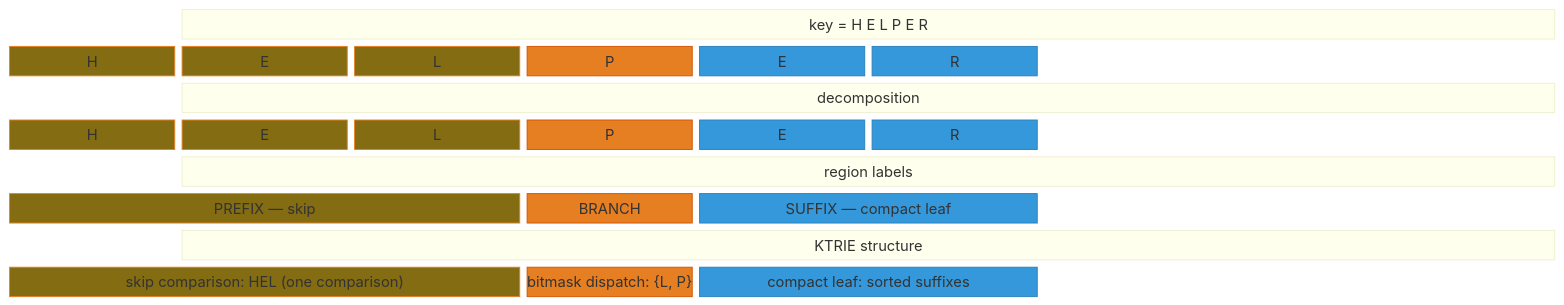
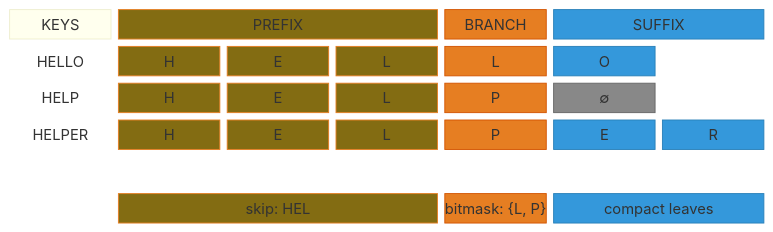
One commit to glennteitelbaum/KTRIE changed the fourth of 21 diagrams in ktrie.md. Above: the diagram before and after it, drawn with Mermaid. The commit also changed other lines of this file, not shown here.

````diff
--- a/ktrie.md
+++ b/ktrie.md
@@ -569,71 +569,79 @@
 ```mermaid
 block
-  columns 10
+  columns 7
 
-  space
-  block:key_title("key = H E L P E R"):8
+  block:keys_lbl["KEYS"]:1
     space
   end
-  space
-  k0["H"] k1["E"] k2["L"] k3["P"] k4["E"] k5["R"] space space space space
-
-  space
-  block:decomp("decomposition"):8
-    space
-  end
-  space
-  p0["H"] p1["E"] p2["L"] b0["P"] s0["E"] s1["R"] space space space space
-
-  space
-  block:labels("region labels"):8
-    space
-  end
-  space
-  block:pfx_lbl["PREFIX — skip"]:3
+  block:pfx_lbl["PREFIX"]:3
     space
   end
   block:br_lbl["BRANCH"]:1
     space
   end
-  block:sfx_lbl["SUFFIX — compact leaf"]:2
+  block:sfx_lbl["SUFFIX"]:2
     space
   end
-  space space space space
 
-  space
-  block:structure("KTRIE structure"):8
+  block:k1_lbl["HELLO"]:1
     space
   end
-  space
-  block:skip_node["skip comparison: HEL (one comparison)"]:3
+  h1["H"] e1["E"] l1["L"] b1["L"] s1_0["O"] s1_1[" "]
+
+  block:k2_lbl["HELP"]:1
     space
   end
-  block:bm_node["bitmask dispatch: {L, P}"]:1
+  h2["H"] e2["E"] l2["L"] b2["P"] s2_0["∅"] s2_1[" "]
+
+  block:k3_lbl["HELPER"]:1
     space
   end
-  block:leaf_node["compact leaf: sorted suffixes"]:2
+  h3["H"] e3["E"] l3["L"] b3["P"] s3_0["E"] s3_1["R"]
+
+  space:7
+
+  block:struct_lbl[" "]:1
     space
   end
-  space space space space
+  block:skip_node["skip: HEL"]:3
+    space
+  end
+  block:bm_node["bitmask: {L, P}"]:1
+    space
+  end
+  block:leaf_node["compact leaves"]:2
+    space
+  end
 
-  style k0 fill:#836c12,color:#fff,stroke:#e67e22
-  style k1 fill:#836c12,color:#fff,stroke:#e67e22
-  style k2 fill:#836c12,color:#fff,stroke:#e67e22
-  style k3 fill:#e67e22,color:#fff,stroke:#d35400
-  style k4 fill:#3498db,color:#fff,stroke:#2980b9
-  style k5 fill:#3498db,color:#fff,stroke:#2980b9
+  style h1 fill:#836c12,color:#fff,stroke:#e67e22
+  style e1 fill:#836c12,color:#fff,stroke:#e67e22
+  style l1 fill:#836c12,color:#fff,stroke:#e67e22
+  style b1 fill:#e67e22,color:#fff,stroke:#d35400
+  style s1_0 fill:#3498db,color:#fff,stroke:#2980b9
+  style s1_1 fill:none,stroke:none
 
-  style p0 fill:#836c12,color:#fff,stroke:#e67e22
-  style p1 fill:#836c12,color:#fff,stroke:#e67e22
-  style p2 fill:#836c12,color:#fff,stroke:#e67e22
-  style b0 fill:#e67e22,color:#fff,stroke:#d35400
-  style s0 fill:#3498db,color:#fff,stroke:#2980b9
-  style s1 fill:#3498db,color:#fff,stroke:#2980b9
+  style h2 fill:#836c12,color:#fff,stroke:#e67e22
+  style e2 fill:#836c12,color:#fff,stroke:#e67e22
+  style l2 fill:#836c12,color:#fff,stroke:#e67e22
+  style b2 fill:#e67e22,color:#fff,stroke:#d35400
+  style s2_0 fill:#888,color:#fff,stroke:#666
+  style s2_1 fill:none,stroke:none
+
+  style h3 fill:#836c12,color:#fff,stroke:#e67e22
+  style e3 fill:#836c12,color:#fff,stroke:#e67e22
+  style l3 fill:#836c12,color:#fff,stroke:#e67e22
+  style b3 fill:#e67e22,color:#fff,stroke:#d35400
+  style s3_0 fill:#3498db,color:#fff,stroke:#2980b9
+  style s3_1 fill:#3498db,color:#fff,stroke:#2980b9
 
   style pfx_lbl fill:#836c12,color:#fff,stroke:#e67e22
   style br_lbl fill:#e67e22,color:#fff,stroke:#d35400
   style sfx_lbl fill:#3498db,color:#fff,stroke:#2980b9
   style skip_node fill:#836c12,color:#fff,stroke:#e67e22
   style bm_node fill:#e67e22,color:#fff,stroke:#d35400
   style leaf_node fill:#3498db,color:#fff,stroke:#2980b9
+  style k1_lbl fill:none,color:#333,stroke:none
+  style k2_lbl fill:none,color:#333,stroke:none
+  style k3_lbl fill:none,color:#333,stroke:none
+  style struct_lbl fill:none,stroke:none
 ```
````
